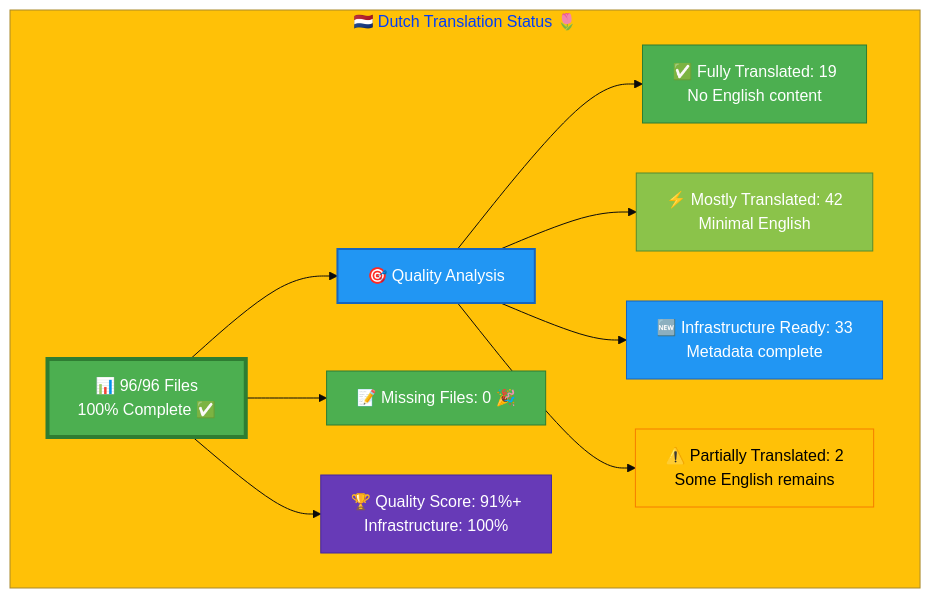
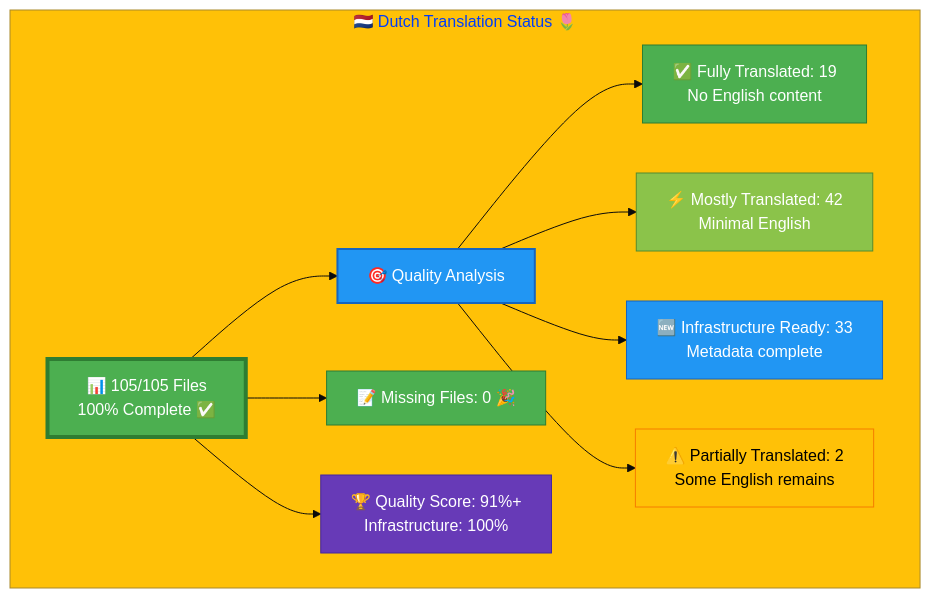
Before and after one commit to Hack23/homepage: the diagram in Dutch-Translation-Status.md, drawn with Mermaid. The commit also changed other lines of this file and 9 other files, not shown here.

````diff
--- a/Dutch-Translation-Status.md
+++ b/Dutch-Translation-Status.md
@@ -16,26 +16,26 @@
 ```mermaid
 %%{init: {'theme':'base', 'themeVariables': {'primaryColor':'#4CAF50','secondaryColor':'#2196F3','tertiaryColor':'#FFC107','fontSize':'16px'}}}%%
 graph TB
     subgraph "🇳🇱 Dutch Translation Status 🌷"
-        A["📊 96/96 Files<br/>100% Complete ✅"]
+        A["📊 105/105 Files<br/>100% Complete ✅"]
         
         A --> B["🎯 Quality Analysis"]
         B --> C["✅ Fully Translated: 19<br/>No English content"]
         B --> D["⚡ Mostly Translated: 42<br/>Minimal English"]
         B --> E["🆕 Infrastructure Ready: 33<br/>Metadata complete"]
         B --> F["⚠️  Partially Translated: 2<br/>Some English remains"]
         
         A --> G["📝 Missing Files: 0 🎉"]
         
         A --> H["🏆 Quality Score: 91%+<br/>Infrastructure: 100%"]
         
         style A fill:#4CAF50,stroke:#2E7D32,color:#fff,stroke-width:4px
         style B fill:#2196F3,stroke:#1565C0,color:#fff,stroke-width:2px
         style C fill:#4CAF50,stroke:#2E7D32,color:#fff
         style D fill:#8BC34A,stroke:#558B2F,color:#fff
         style E fill:#2196F3,stroke:#1565C0,color:#fff
         style F fill:#FFC107,stroke:#F57C00,color:#000
         style G fill:#4CAF50,stroke:#2E7D32,color:#fff
         style H fill:#673AB7,stroke:#4527A0,color:#fff
     end
 ```
````
